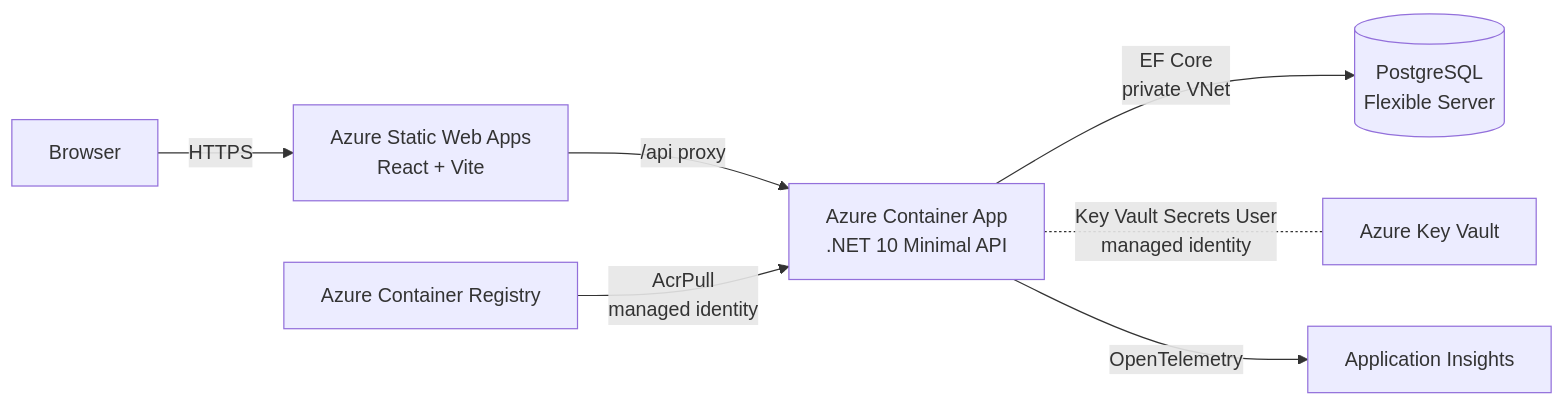
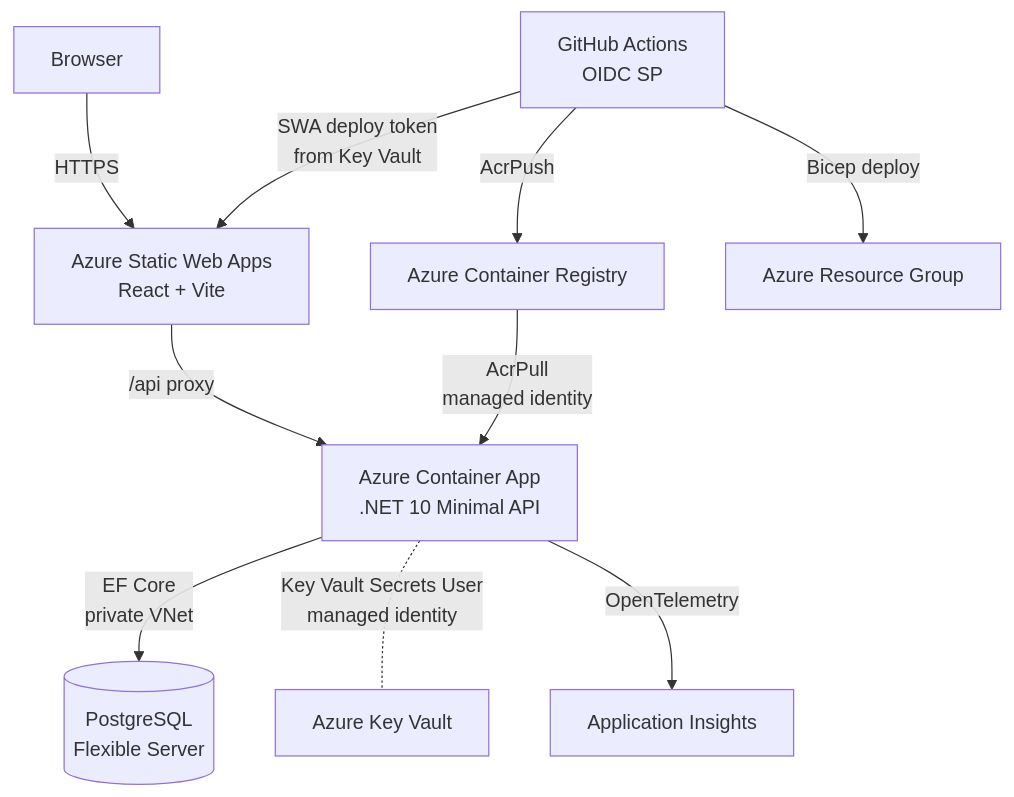
Before and after one commit to piers-sinclair/Dostar: the first of 4 diagrams in docs/architecture.md, drawn with Mermaid. The commit also changed other lines of this file, not shown here.

First line of the commit message:
docs(architecture): fix topology parse error, expand high-level diagram, fix release-please scope

````diff
--- a/docs/architecture.md
+++ b/docs/architecture.md
@@ -5,9 +5,13 @@
 ```mermaid
-graph LR
+graph TB
     Browser -->|HTTPS| SWA[Azure Static Web Apps\nReact + Vite]
     SWA -->|/api proxy| API[Azure Container App\n.NET 10 Minimal API]
-    ACR[Azure Container Registry] -->|AcrPull\nmanaged identity| API
     API -->|EF Core\nprivate VNet| DB[(PostgreSQL\nFlexible Server)]
     API -.-|Key Vault Secrets User\nmanaged identity| KV[Azure Key Vault]
     API -->|OpenTelemetry| APPI[Application Insights]
+
+    GHA[GitHub Actions\nOIDC SP] -->|AcrPush| ACR[Azure Container Registry]
+    GHA -->|Bicep deploy| RG[Azure Resource Group]
+    GHA -->|SWA deploy token\nfrom Key Vault| SWA
+    ACR -->|AcrPull\nmanaged identity| API
 ```
````
